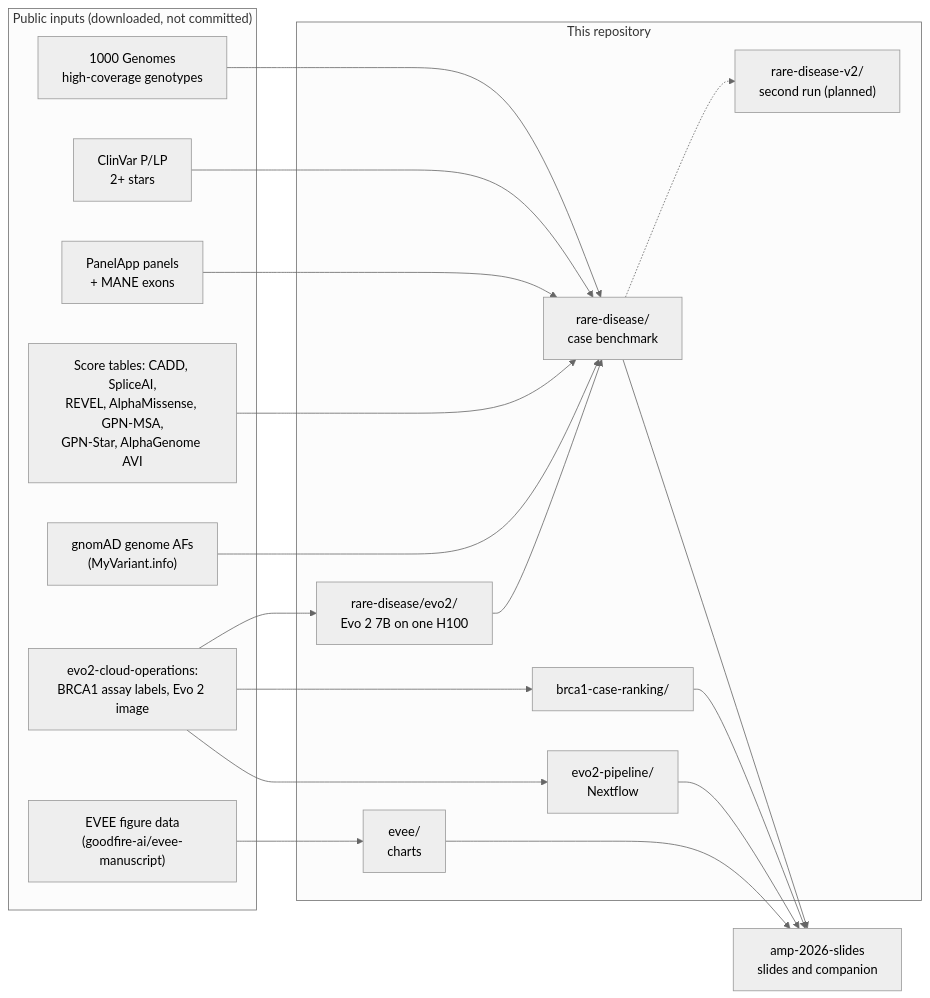
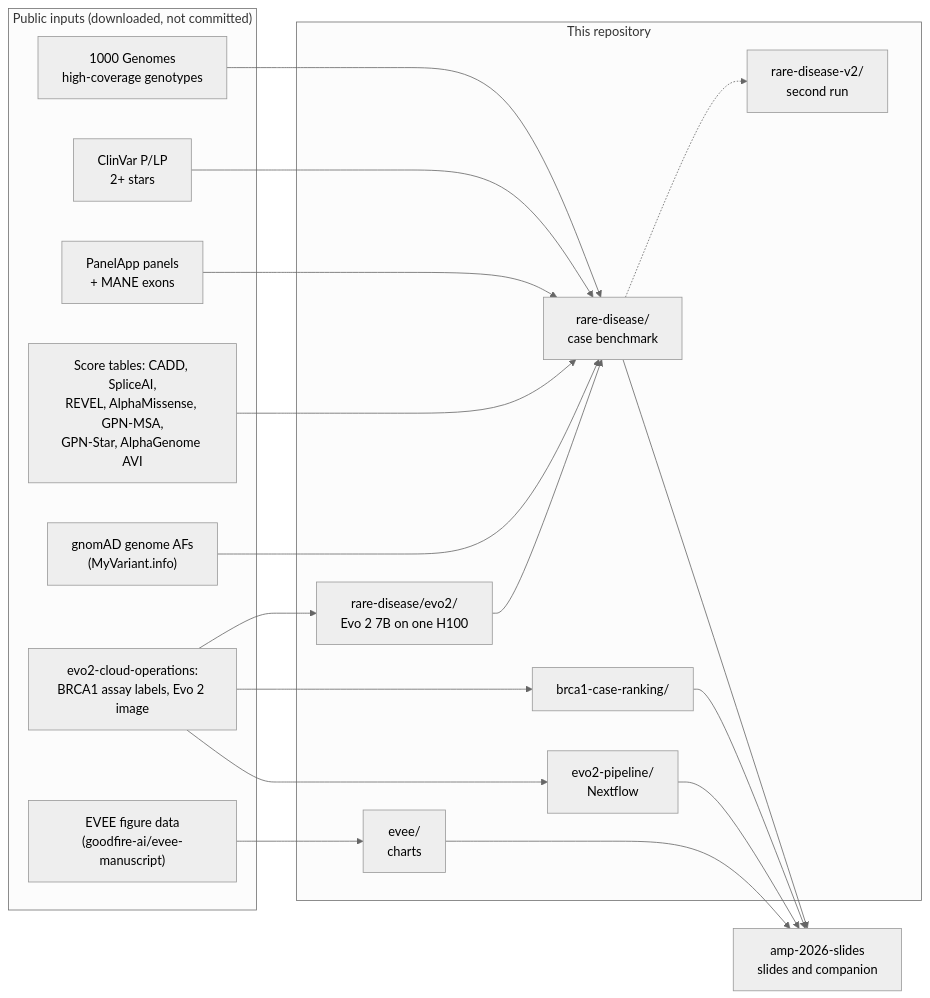
The diagram in README.md (rewire-bio/amp-2026-studies), drawn with Mermaid (neutral theme) before and after one commit. The commit also changed other lines of this file and 11 other files, not shown here.

First line of the commit message:
rare-disease-v2: write up the results

````diff
--- a/README.md
+++ b/README.md
@@ -14,31 +14,31 @@
 ```mermaid
 flowchart LR
     subgraph inputs["Public inputs (downloaded, not committed)"]
         kgp["1000 Genomes<br/>high-coverage genotypes"]
         clinvar["ClinVar P/LP<br/>2+ stars"]
         panel["PanelApp panels<br/>+ MANE exons"]
         tables["Score tables: CADD, SpliceAI,<br/>REVEL, AlphaMissense, GPN-MSA,<br/>GPN-Star, AlphaGenome AVI"]
         gnomad["gnomAD genome AFs<br/>(MyVariant.info)"]
         evee_data["EVEE figure data<br/>(goodfire-ai/evee-manuscript)"]
         ops["evo2-cloud-operations:<br/>BRCA1 assay labels, Evo 2 image"]
     end
 
     subgraph studies["This repository"]
         rd["rare-disease/<br/>case benchmark"]
-        rd2["rare-disease-v2/<br/>second run (planned)"]
+        rd2["rare-disease-v2/<br/>second run"]
         evo2["rare-disease/evo2/<br/>Evo 2 7B on one H100"]
         brca1["brca1-case-ranking/"]
         pipe["evo2-pipeline/<br/>Nextflow"]
         evee["evee/<br/>charts"]
     end
 
     slides["amp-2026-slides<br/>slides and companion"]
 
     kgp & clinvar & panel & tables & gnomad --> rd
     ops --> evo2 --> rd
     ops --> brca1
     ops --> pipe
     evee_data --> evee
     rd -.-> rd2
     rd & brca1 & pipe & evee --> slides
 ```
````
